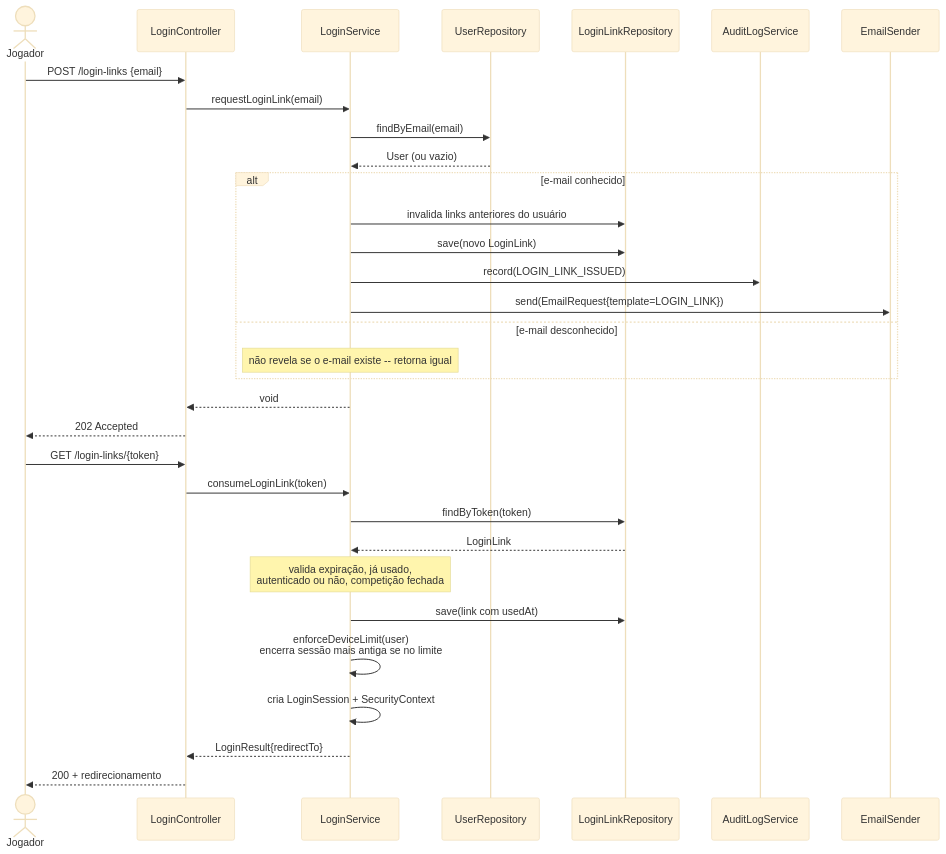
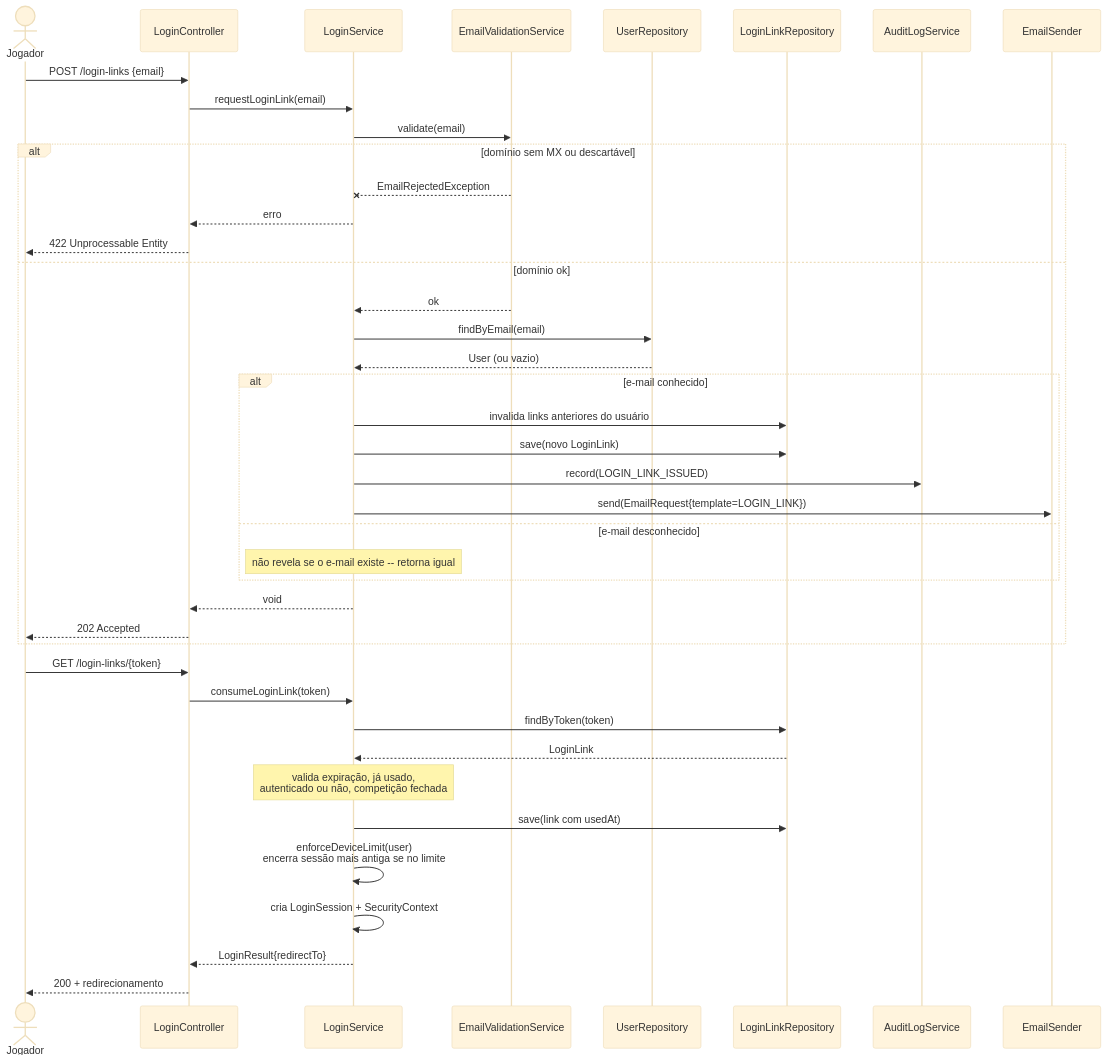
Before and after one commit to lalgarve/jogo-acoes: the first of 7 diagrams in docs/diagrams/sequencia.md, drawn with Mermaid (base theme). The commit also changed other lines of this file and 6 other files, not shown here.

First line of the commit message:
docs: rewrite product docs for the target release, fix Mermaid render bug (#18)

````diff
--- a/docs/diagrams/sequencia.md
+++ b/docs/diagrams/sequencia.md
@@ -15,36 +13,45 @@
 ```mermaid
 sequenceDiagram
     actor J as Jogador
     participant LC as LoginController
     participant LS as LoginService
+    participant EV as EmailValidationService
     participant UR as UserRepository
     participant LLR as LoginLinkRepository
     participant AL as AuditLogService
     participant ES as EmailSender
 
     J->>LC: POST /login-links {email}
     LC->>LS: requestLoginLink(email)
-    LS->>UR: findByEmail(email)
-    UR-->>LS: User (ou vazio)
-    alt e-mail conhecido
-        LS->>LLR: invalida links anteriores do usuário
-        LS->>LLR: save(novo LoginLink)
-        LS->>AL: record(LOGIN_LINK_ISSUED)
-        LS->>ES: send(EmailRequest{template=LOGIN_LINK})
-    else e-mail desconhecido
-        Note over LS: não revela se o e-mail existe -- retorna igual
+    LS->>EV: validate(email)
+    alt domínio sem MX ou descartável
+        EV--xLS: EmailRejectedException
+        LS-->>LC: erro
+        LC-->>J: 422 Unprocessable Entity
+    else domínio ok
+        EV-->>LS: ok
+        LS->>UR: findByEmail(email)
+        UR-->>LS: User (ou vazio)
+        alt e-mail conhecido
+            LS->>LLR: invalida links anteriores do usuário
+            LS->>LLR: save(novo LoginLink)
+            LS->>AL: record(LOGIN_LINK_ISSUED)
+            LS->>ES: send(EmailRequest{template=LOGIN_LINK})
+        else e-mail desconhecido
+            Note over LS: não revela se o e-mail existe -- retorna igual
+        end
+        LS-->>LC: void
+        LC-->>J: 202 Accepted
     end
-    LS-->>LC: void
-    LC-->>J: 202 Accepted
 
     J->>LC: GET /login-links/{token}
     LC->>LS: consumeLoginLink(token)
     LS->>LLR: findByToken(token)
     LLR-->>LS: LoginLink
     Note over LS: valida expiração, já usado,<br/>autenticado ou não, competição fechada
     LS->>LLR: save(link com usedAt)
     LS->>LS: enforceDeviceLimit(user)<br/>encerra sessão mais antiga se no limite
     LS->>LS: cria LoginSession + SecurityContext
     LS-->>LC: LoginResult{redirectTo}
     LC-->>J: 200 + redirecionamento
 ```
````
